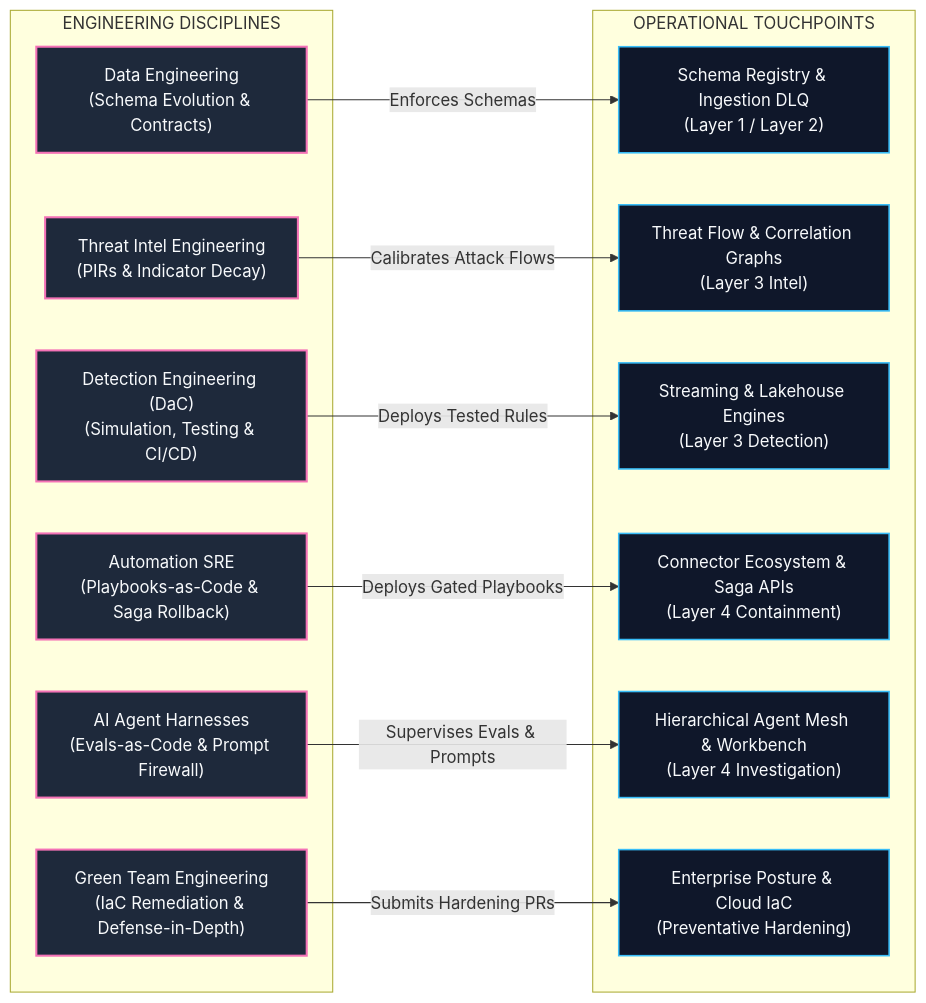
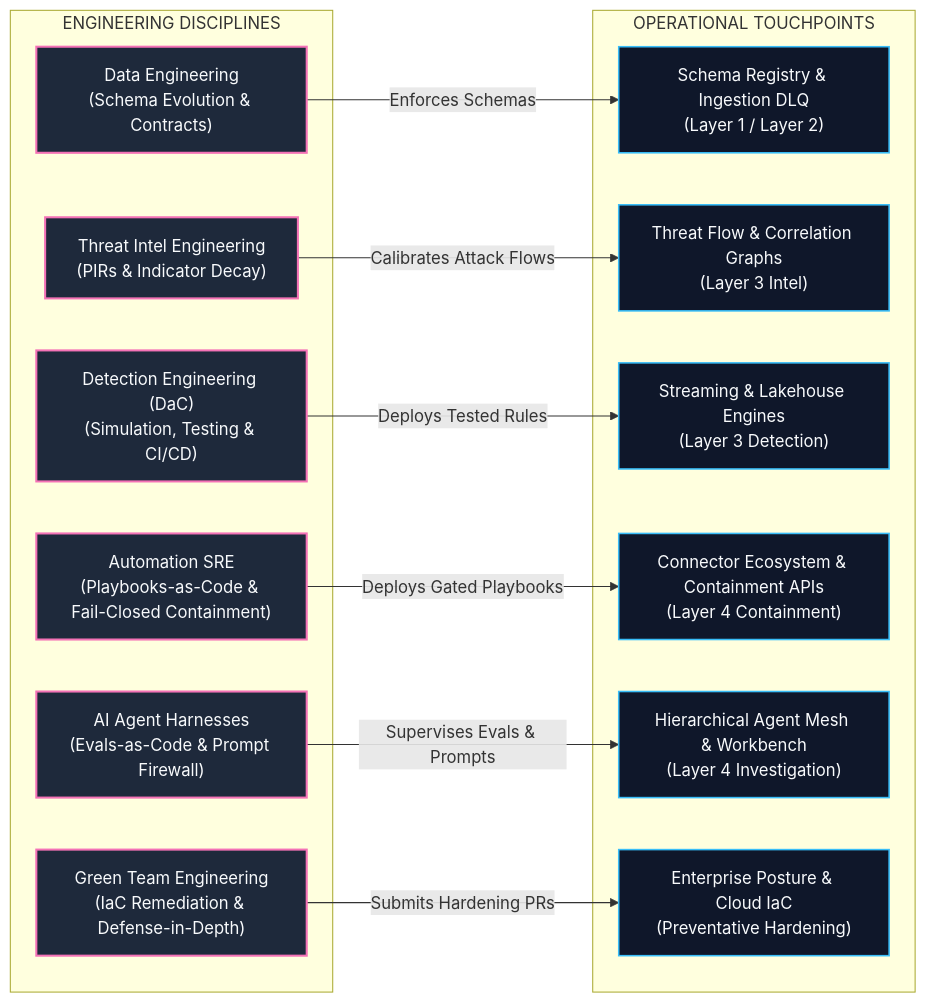
One commit to Haribu/TIDIR changed the second of 3 diagrams in docs/architecture/01-system-overview.md. Above: the diagram before and after it, drawn with Mermaid. The commit also changed 3 other files, not shown here.

Commit message:
refactor(diagrams): align all diagrams and core prose to Monotonic Fail-Closed Containment

````diff
--- a/docs/architecture/01-system-overview.md
+++ b/docs/architecture/01-system-overview.md
@@ -74,31 +74,31 @@
 ```mermaid
 flowchart LR
   %% Styling Classes
   classDef eng fill:#1e293b,stroke:#f472b6,stroke-width:2px,color:#f8fafc;
   classDef target fill:#0f172a,stroke:#38bdf8,stroke-width:1.5px,color:#f8fafc;
 
   subgraph DISCIPLINES ["ENGINEERING DISCIPLINES"]
     E1["Data Engineering\n(Schema Evolution & Contracts)"]:::eng
     E2["Threat Intel Engineering\n(PIRs & Indicator Decay)"]:::eng
     E3["Detection Engineering (DaC)\n(Simulation, Testing & CI/CD)"]:::eng
-    E4["Automation SRE\n(Playbooks-as-Code & Saga Rollback)"]:::eng
+    E4["Automation SRE\n(Playbooks-as-Code & Fail-Closed Containment)"]:::eng
     E5["AI Agent Harnesses\n(Evals-as-Code & Prompt Firewall)"]:::eng
     E6["Green Team Engineering\n(IaC Remediation & Defense-in-Depth)"]:::eng
   end
 
   subgraph TARGETS ["OPERATIONAL TOUCHPOINTS"]
     T_REG["Schema Registry & Ingestion DLQ\n(Layer 1 / Layer 2)"]:::target
     T_GRAPH["Threat Flow & Correlation Graphs\n(Layer 3 Intel)"]:::target
     T_ENG["Streaming & Lakehouse Engines\n(Layer 3 Detection)"]:::target
-    T_RESP["Connector Ecosystem & Saga APIs\n(Layer 4 Containment)"]:::target
+    T_RESP["Connector Ecosystem & Containment APIs\n(Layer 4 Containment)"]:::target
     T_OPS["Hierarchical Agent Mesh & Workbench\n(Layer 4 Investigation)"]:::target
     T_PREV["Enterprise Posture & Cloud IaC\n(Preventative Hardening)"]:::target
   end
 
   E1 -->|Enforces Schemas| T_REG
   E2 -->|Calibrates Attack Flows| T_GRAPH
   E3 -->|Deploys Tested Rules| T_ENG
   E4 -->|Deploys Gated Playbooks| T_RESP
   E5 -->|Supervises Evals & Prompts| T_OPS
   E6 -->|Submits Hardening PRs| T_PREV
 ```
````
